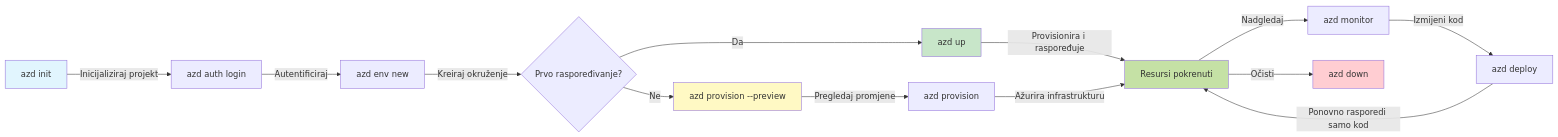
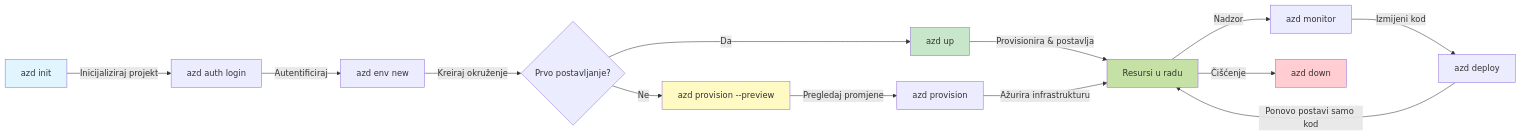
One commit to microsoft/AZD-for-beginners changed the first of 2 diagrams in translations/hr/docs/chapter-01-foundation/azd-basics.md. Above: the diagram before and after it, drawn with Mermaid. The commit also changed other lines of this file and 101 other files, not shown here.

````diff
--- a/translations/hr/docs/chapter-01-foundation/azd-basics.md
+++ b/translations/hr/docs/chapter-01-foundation/azd-basics.md
@@ -254,21 +269,21 @@
 ```mermaid
 graph LR
     A[azd init] -->|Inicijaliziraj projekt| B[azd auth login]
     B -->|Autentificiraj| C[azd env new]
-    C -->|Kreiraj okruženje| D{Prvo raspoređivanje?}
+    C -->|Kreiraj okruženje| D{Prvo postavljanje?}
     D -->|Da| E[azd up]
     D -->|Ne| F[azd provision --preview]
     F -->|Pregledaj promjene| G[azd provision]
-    E -->|Provisionira i raspoređuje| H[Resursi pokrenuti]
+    E -->|Provisionira & postavlja| H[Resursi u radu]
     G -->|Ažurira infrastrukturu| H
-    H -->|Nadgledaj| I[azd monitor]
+    H -->|Nadzor| I[azd monitor]
     I -->|Izmijeni kod| J[azd deploy]
-    J -->|Ponovno rasporedi samo kod| H
-    H -->|Očisti| K[azd down]
+    J -->|Ponovo postavi samo kod| H
+    H -->|Čišćenje| K[azd down]
     
     style A fill:#e1f5fe
     style E fill:#c8e6c9
     style F fill:#fff9c4
     style H fill:#c5e1a5
     style K fill:#ffcdd2
 ```
````
